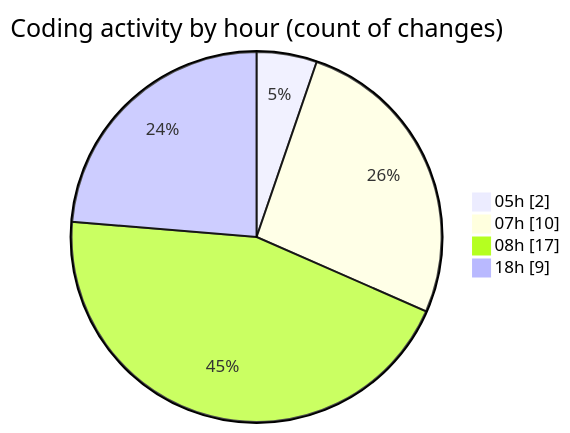
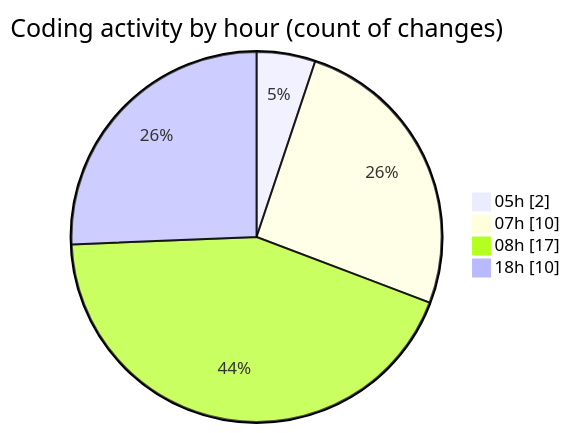
One commit to Elitesun/code-tracking changed the second of 2 diagrams in 2025-04-08/sungpt/README.md. Above: the diagram before and after it, drawn with Mermaid. The commit also changed other lines of this file and 1 other file, not shown here.

````diff
--- a/2025-04-08/sungpt/README.md
+++ b/2025-04-08/sungpt/README.md
@@ -39,8 +41,8 @@
 ```mermaid
 pie showData
 title Coding activity by hour (count of changes)
 "05h" : 2
 "07h" : 10
 "08h" : 17
-"18h" : 9
+"18h" : 10
 ```
````
